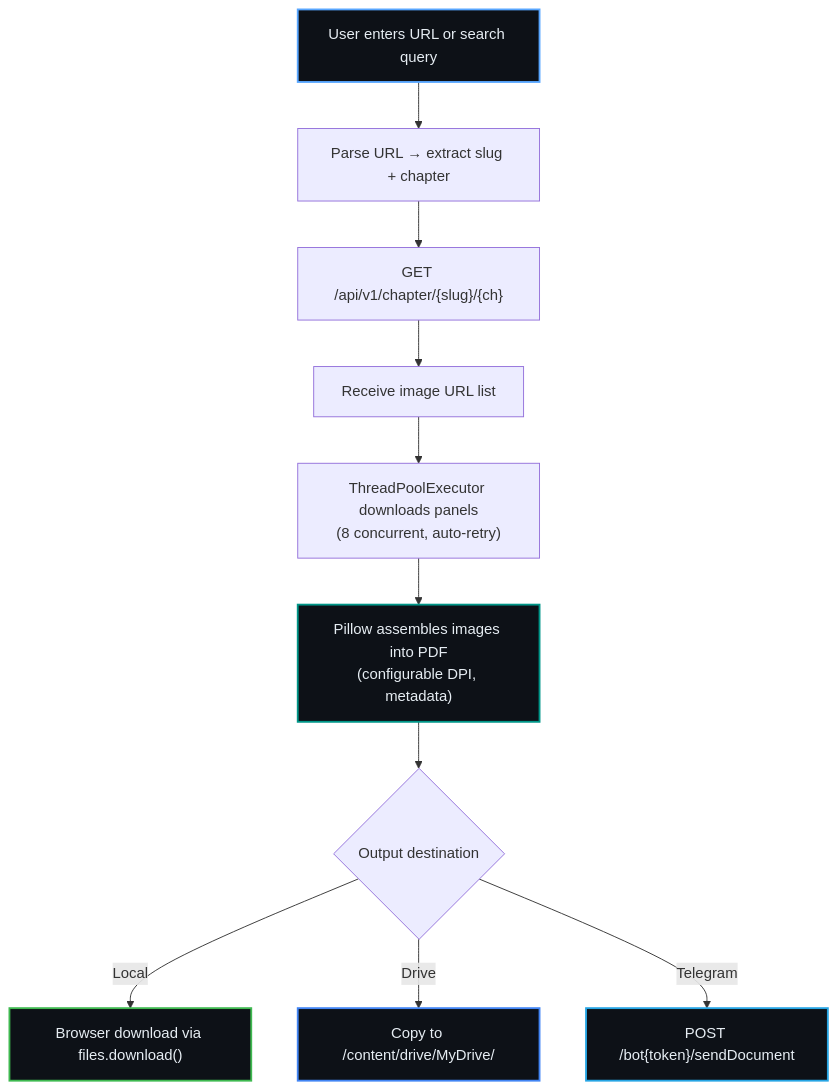
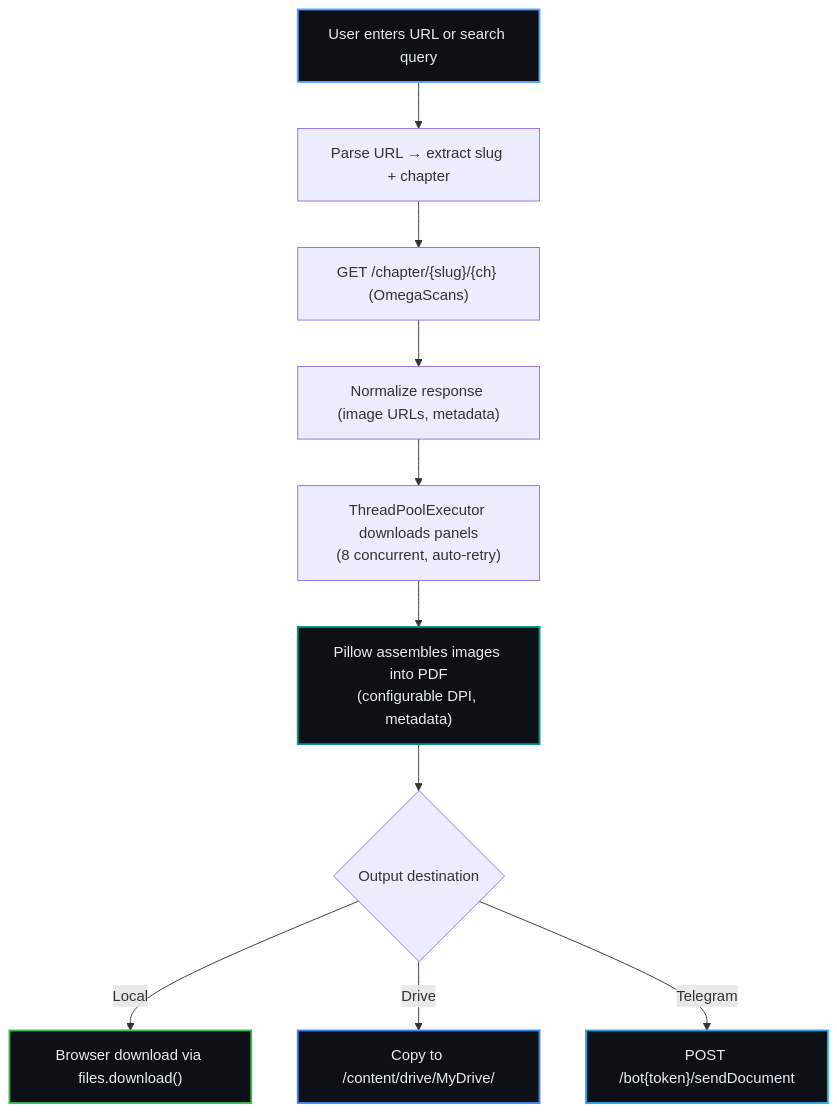
The third of 3 diagrams in README.md (Shineii86/OmegaPDF), drawn with Mermaid before and after one commit. The commit also changed other lines of this file and 4 other files, not shown here.

First line of the commit message:
feat: v3.0.0 — remove OmegaAPI dependency, call OmegaScans directly

````diff
--- a/README.md
+++ b/README.md
@@ -467,18 +465,18 @@
 ```mermaid
 flowchart TD
     A["User enters URL or search query"] --> B["Parse URL → extract slug + chapter"]
-    B --> C["GET /api/v1/chapter/{slug}/{ch}"]
-    C --> D["Receive image URL list"]
+    B --> C["GET /chapter/{slug}/{ch} (OmegaScans)"]
+    C --> D["Normalize response (image URLs, metadata)"]
     D --> E["ThreadPoolExecutor downloads panels<br/>(8 concurrent, auto-retry)"]
     E --> F["Pillow assembles images into PDF<br/>(configurable DPI, metadata)"]
     F --> G{Output destination}
     G -->|Local| H["Browser download via files.download()"]
     G -->|Drive| I["Copy to /content/drive/MyDrive/"]
     G -->|Telegram| J["POST /bot{token}/sendDocument"]
 
     style A fill:#0d1117,stroke:#58a6ff,color:#e6edf3,stroke-width:2px
     style F fill:#0d1117,stroke:#009688,color:#e6edf3,stroke-width:2px
     style H fill:#0d1117,stroke:#3fb950,color:#e6edf3,stroke-width:2px
     style I fill:#0d1117,stroke:#4285F4,color:#e6edf3,stroke-width:2px
     style J fill:#0d1117,stroke:#26A5E4,color:#e6edf3,stroke-width:2px
 ```
````
